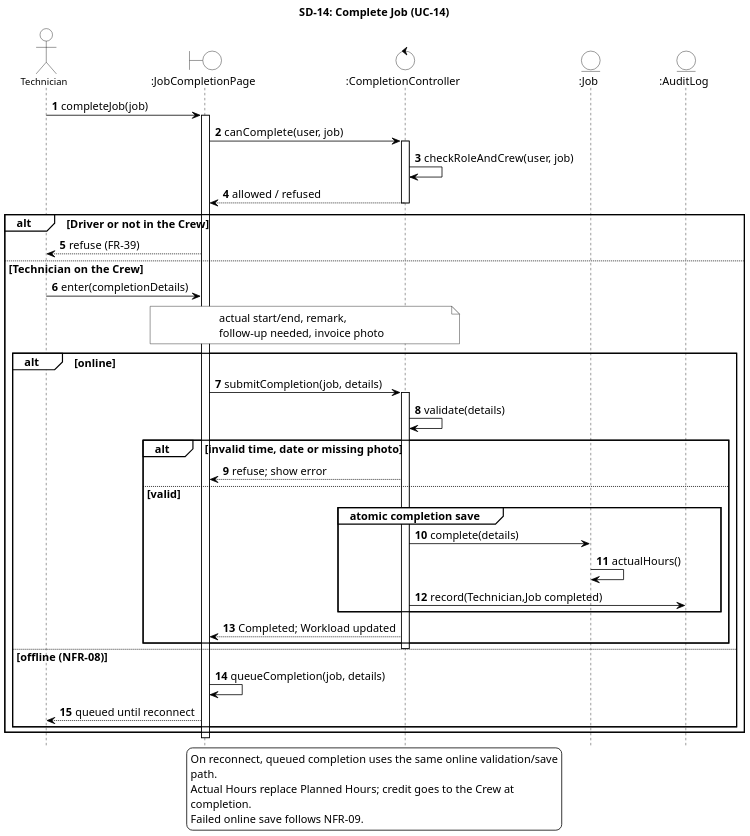
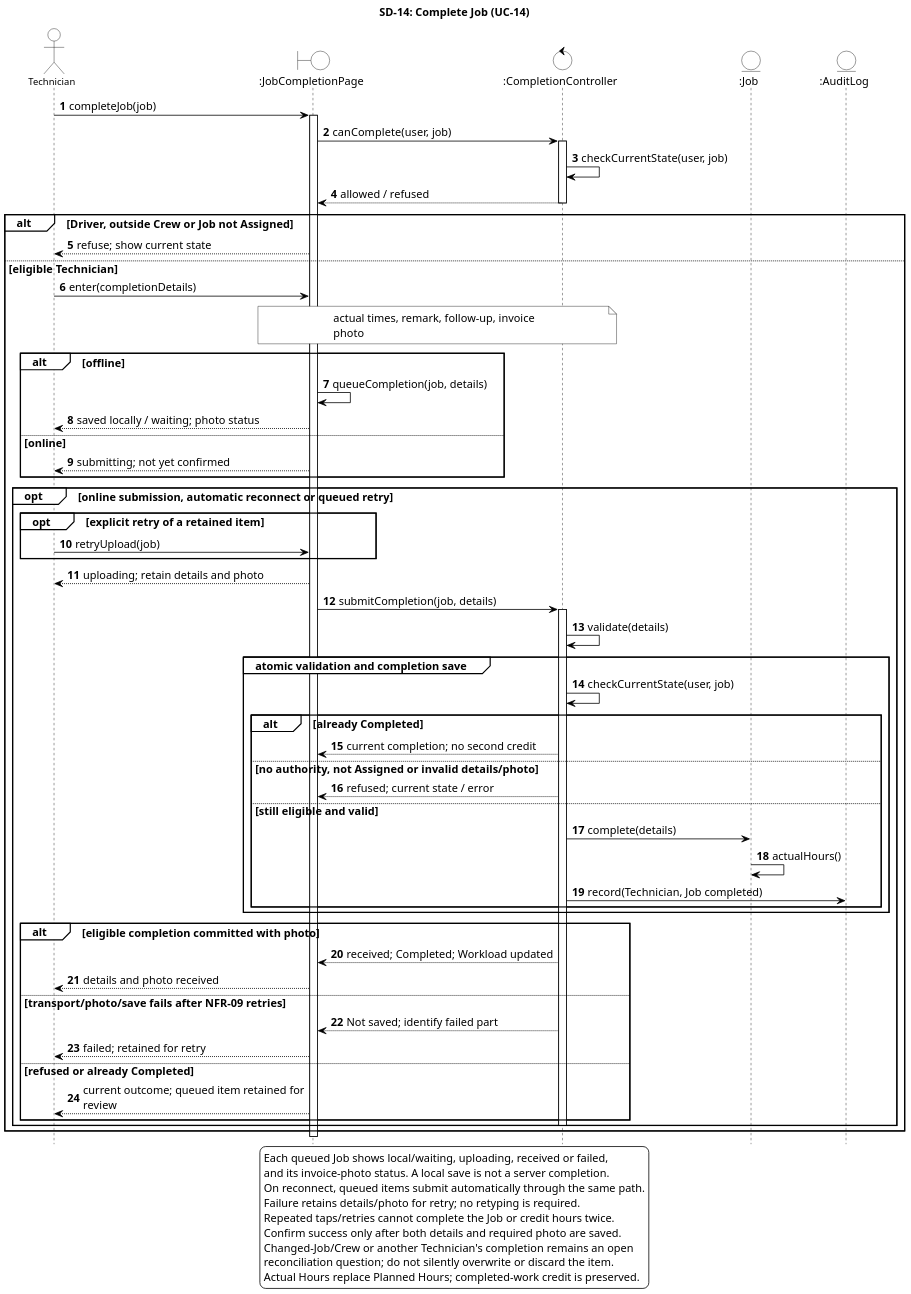
Before and after one commit to ZadeNova/inf2001-SE: the diagram in diagrams/SD-14-complete-job.puml, drawn with PlantUML. The commit also changed 23 other files, not shown here.

```diff
--- a/diagrams/SD-14-complete-job.puml
+++ b/diagrams/SD-14-complete-job.puml
@@ -1,78 +1,101 @@
 @startuml SD-14-complete-job
 skinparam backgroundColor white
 skinparam shadowing false
 skinparam defaultFontName Arial
 skinparam defaultFontSize 14
 skinparam ArrowColor black
 skinparam ParticipantBackgroundColor white
 skinparam ParticipantBorderColor black
 skinparam ActorBackgroundColor white
 skinparam ActorBorderColor black
 skinparam BoundaryBackgroundColor white
 skinparam BoundaryBorderColor black
 skinparam ControlBackgroundColor white
 skinparam ControlBorderColor black
 skinparam EntityBackgroundColor white
 skinparam EntityBorderColor black
 skinparam SequenceLifeLineBorderColor black
 skinparam SequenceGroupBorderColor black
 skinparam SequenceGroupBackgroundColor white
 skinparam SequenceReferenceBackgroundColor white
 skinparam SequenceReferenceBorderColor black
 skinparam NoteBackgroundColor white
 skinparam NoteBorderColor black
 skinparam dpi 150
 hide footbox
 skinparam maxMessageSize 300
 skinparam wrapWidth 300
 skinparam sequenceParticipantFontSize 12
 skinparam sequenceActorFontSize 12
 autonumber
 title SD-14: Complete Job (UC-14)
 ' Traces: UC-14; FR-39, FR-53, FR-66; NFR-08, NFR-09, NFR-12
-' Sources: DEC-39, DEC-40; DEC-55, DEC-56; sequence-diagram-review.md.
+' Sources: DEC-69; INT-DCT [Questionnaire C18: DB01/DB02]; DEC-39, DEC-40; DEC-55, DEC-56; sequence-diagram-review.md.
 ' Round-2 source: DEC-58; sequence-diagram-review-round-2.md.
 actor Technician
 boundary ":JobCompletionPage" as Page
 control ":CompletionController" as CC
 entity ":Job" as Job
 entity ":AuditLog" as AL
 
 Technician -> Page : completeJob(job)
 activate Page
 Page -> CC ++ : canComplete(user, job)
-CC -> CC : checkRoleAndCrew(user, job)
+CC -> CC : checkCurrentState(user, job)
 CC --> Page -- : allowed / refused
-alt Driver or not in the Crew
-  Page --> Technician : refuse (FR-39)
-else Technician on the Crew
+alt Driver, outside Crew or Job not Assigned
+  Page --> Technician : refuse; show current state
+else eligible Technician
   Technician -> Page : enter(completionDetails)
-  note over Page, CC : actual start/end, remark,\nfollow-up needed, invoice photo
-  alt online
+  note over Page, CC : actual times, remark, follow-up, invoice photo
+  alt offline
+    Page -> Page : queueCompletion(job, details)
+    Page --> Technician : saved locally / waiting; photo status
+  else online
+    Page --> Technician : submitting; not yet confirmed
+  end
+  opt online submission, automatic reconnect or queued retry
+    opt explicit retry of a retained item
+      Technician -> Page : retryUpload(job)
+    end
+    Page --> Technician : uploading; retain details and photo
     Page -> CC ++ : submitCompletion(job, details)
     CC -> CC : validate(details)
-    alt invalid time, date or missing photo
-      CC --> Page : refuse; show error
-    else valid
-      group atomic completion save
+    group atomic validation and completion save
+      CC -> CC : checkCurrentState(user, job)
+      alt already Completed
+        CC --> Page : current completion; no second credit
+      else no authority, not Assigned or invalid details/photo
+        CC --> Page : refused; current state / error
+      else still eligible and valid
         CC -> Job : complete(details)
         Job -> Job : actualHours()
-        CC -> AL : record(Technician,Job completed)
+        CC -> AL : record(Technician, Job completed)
       end
-      CC --> Page : Completed; Workload updated
+    end
+    alt eligible completion committed with photo
+      CC --> Page : received; Completed; Workload updated
+      Page --> Technician : details and photo received
+    else transport/photo/save fails after NFR-09 retries
+      CC --> Page : Not saved; identify failed part
+      Page --> Technician : failed; retained for retry
+    else refused or already Completed
+      Page --> Technician : current outcome; queued item retained for review
     end
     deactivate CC
-  else offline (NFR-08)
-    Page -> Page : queueCompletion(job, details)
-    Page --> Technician : queued until reconnect
   end
 end
+
 deactivate Page
 legend bottom
-On reconnect, queued completion uses the same online validation/save
-path.
-Actual Hours replace Planned Hours; credit goes to the Crew at
-completion.
-Failed online save follows NFR-09.
+Each queued Job shows local/waiting, uploading, received or failed,
+and its invoice-photo status. A local save is not a server completion.
+On reconnect, queued items submit automatically through the same path.
+Failure retains details/photo for retry; no retyping is required.
+Repeated taps/retries cannot complete the Job or credit hours twice.
+Confirm success only after both details and required photo are saved.
+Changed-Job/Crew or another Technician's completion remains an open
+reconciliation question; do not silently overwrite or discard the item.
+Actual Hours replace Planned Hours; completed-work credit is preserved.
 endlegend
 @enduml
```
